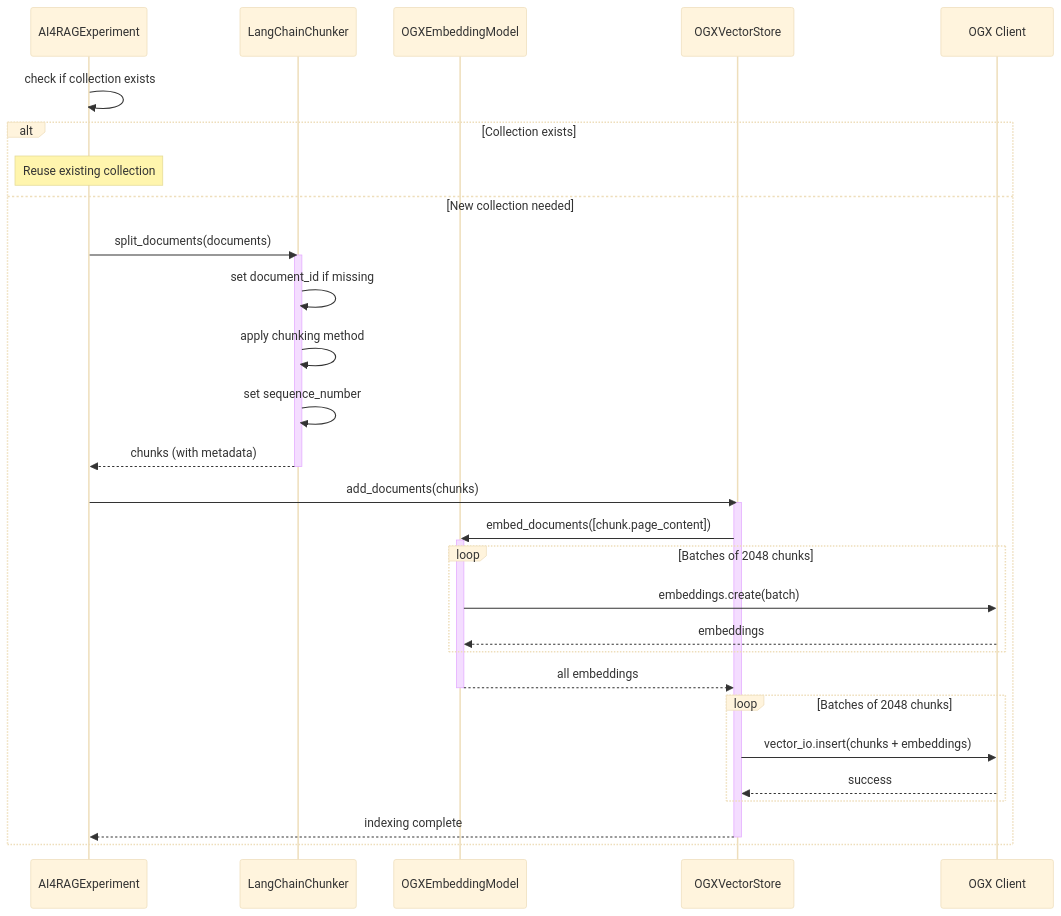
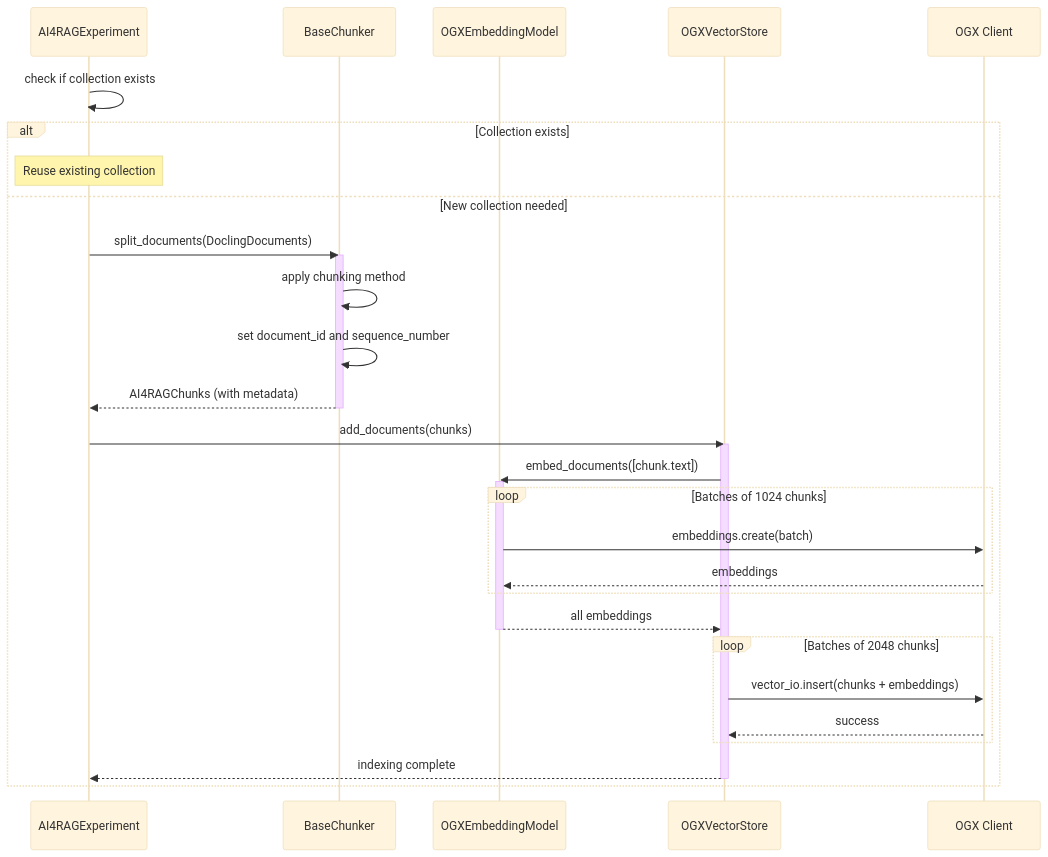
The first of 4 diagrams in docs/architecture/data-flow.md (IBM/ai4rag), drawn with Mermaid (base theme) before and after one commit. The commit also changed other lines of this file and 8 other files, not shown here.

````diff
--- a/docs/architecture/data-flow.md
+++ b/docs/architecture/data-flow.md
@@ -22,39 +22,38 @@
 ```mermaid
 sequenceDiagram
     participant Exp as AI4RAGExperiment
-    participant LC as LangChainChunker
+    participant LC as BaseChunker
     participant EM as OGXEmbeddingModel
     participant VS as OGXVectorStore
     participant OGXClient as OGX Client
 
     Exp->>Exp: check if collection exists
     alt Collection exists
         Note over Exp: Reuse existing collection
     else New collection needed
-        Exp->>LC: split_documents(documents)
+        Exp->>LC: split_documents(DoclingDocuments)
         activate LC
-        LC->>LC: set document_id if missing
         LC->>LC: apply chunking method
-        LC->>LC: set sequence_number
-        LC-->>Exp: chunks (with metadata)
+        LC->>LC: set document_id and sequence_number
+        LC-->>Exp: AI4RAGChunks (with metadata)
         deactivate LC
 
         Exp->>VS: add_documents(chunks)
         activate VS
-        VS->>EM: embed_documents([chunk.page_content])
+        VS->>EM: embed_documents([chunk.text])
         activate EM
-        loop Batches of 2048 chunks
+        loop Batches of 1024 chunks
             EM->>OGXClient: embeddings.create(batch)
             OGXClient-->>EM: embeddings
         end
         EM-->>VS: all embeddings
         deactivate EM
 
         loop Batches of 2048 chunks
             VS->>OGXClient: vector_io.insert(chunks + embeddings)
             OGXClient-->>VS: success
         end
         VS-->>Exp: indexing complete
         deactivate VS
     end
 ```
````
